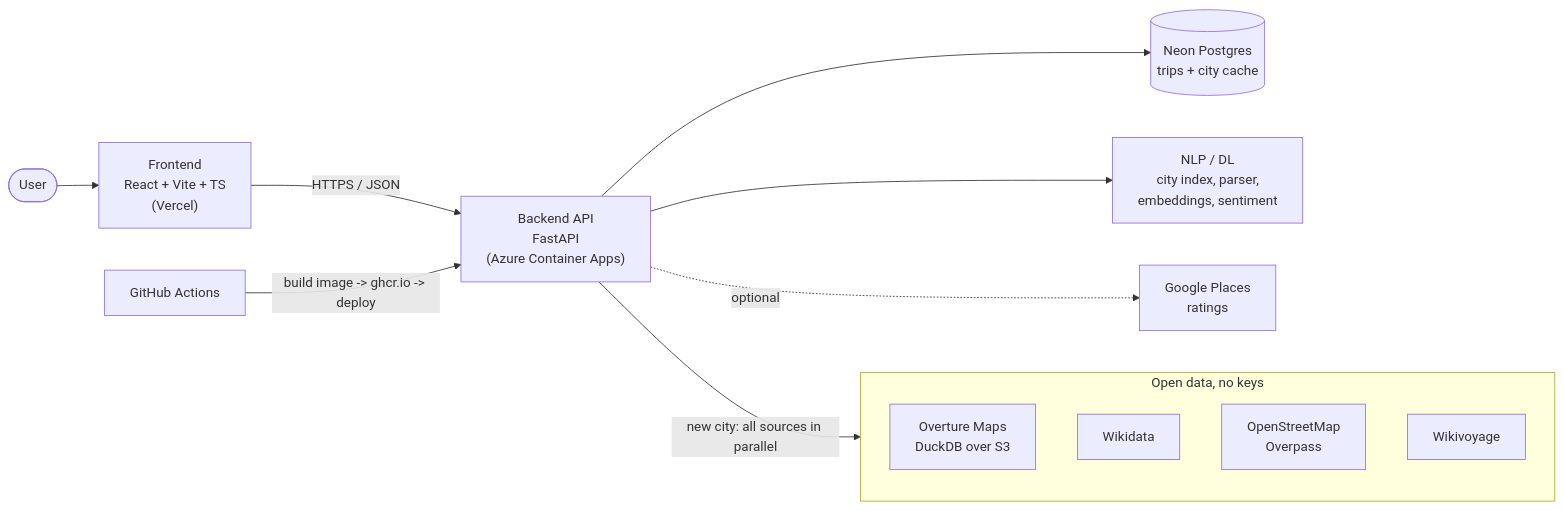
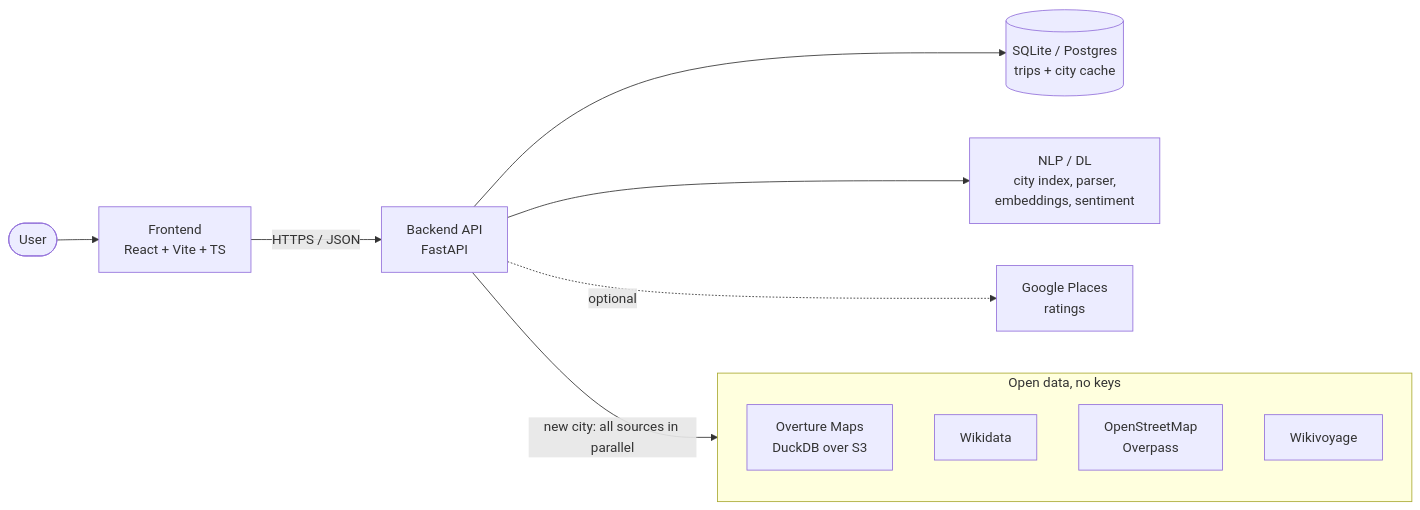
The diagram in README.md (ranjanvrma/trip-aura), drawn with Mermaid before and after one commit. The commit also changed other lines of this file and 18 other files, not shown here.

````diff
--- a/README.md
+++ b/README.md
@@ -34,16 +34,15 @@
 ```mermaid
 flowchart LR
-  U([User]) --> FE["Frontend<br/>React + Vite + TS<br/>(Vercel)"]
-  FE -- HTTPS / JSON --> API["Backend API<br/>FastAPI<br/>(Azure Container Apps)"]
-  API --> DB[("Neon Postgres<br/>trips + city cache")]
+  U([User]) --> FE["Frontend<br/>React + Vite + TS"]
+  FE -- HTTPS / JSON --> API["Backend API<br/>FastAPI"]
+  API --> DB[("SQLite / Postgres<br/>trips + city cache")]
   API --> NLP["NLP / DL<br/>city index, parser,<br/>embeddings, sentiment"]
   API -- "new city: all sources in parallel" --> SRC
   subgraph SRC [Open data, no keys]
     OV[Overture Maps<br/>DuckDB over S3]
     WD[Wikidata]
     OSM[OpenStreetMap<br/>Overpass]
     WV[Wikivoyage]
   end
   API -. optional .-> G[Google Places<br/>ratings]
-  GH[GitHub Actions] -- "build image -> ghcr.io -> deploy" --> API
 ```
````
